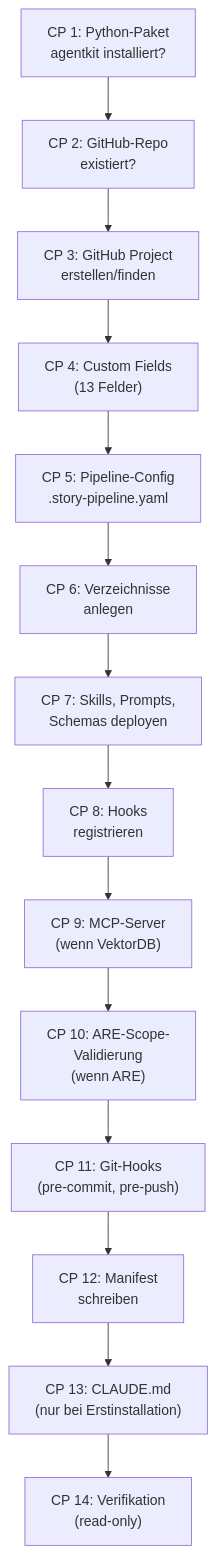
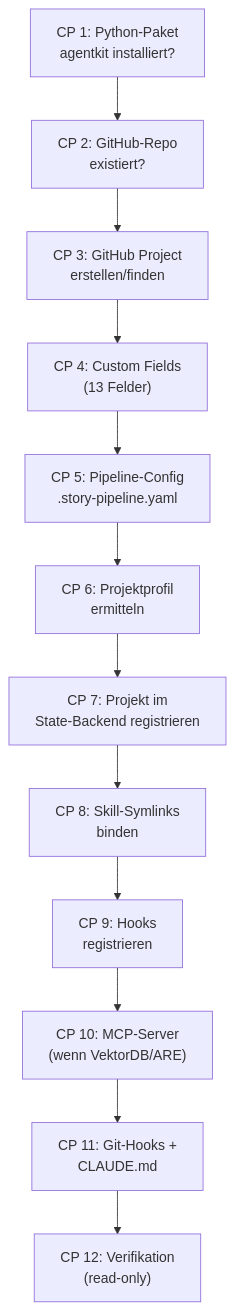
The diagram in concept/technical-design/50_installer_checkpoint_engine_bootstrap.md (saltenhof/claude-agentkit3), drawn with Mermaid before and after one commit. The commit also changed other lines of this file and 26 other files, not shown here.

Commit message:
Refine AgentKit 3 architecture concepts

````diff
--- a/concept/technical-design/50_installer_checkpoint_engine_bootstrap.md
+++ b/concept/technical-design/50_installer_checkpoint_engine_bootstrap.md
@@ -47,17 +47,15 @@
 ```mermaid
 flowchart TD
     CP1["CP 1: Python-Paket<br/>agentkit installiert?"] --> CP2
     CP2["CP 2: GitHub-Repo<br/>existiert?"] --> CP3
     CP3["CP 3: GitHub Project<br/>erstellen/finden"] --> CP4
     CP4["CP 4: Custom Fields<br/>(13 Felder)"] --> CP5
     CP5["CP 5: Pipeline-Config<br/>.story-pipeline.yaml"] --> CP6
-    CP6["CP 6: Verzeichnisse<br/>anlegen"] --> CP7
-    CP7["CP 7: Skills, Prompts,<br/>Schemas deployen"] --> CP8
-    CP8["CP 8: Hooks<br/>registrieren"] --> CP9
-    CP9["CP 9: MCP-Server<br/>(wenn VektorDB)"] --> CP10
-    CP10["CP 10: ARE-Scope-<br/>Validierung<br/>(wenn ARE)"] --> CP11
-    CP11["CP 11: Git-Hooks<br/>(pre-commit, pre-push)"] --> CP12
-    CP12["CP 12: Manifest<br/>schreiben"] --> CP13
-    CP13["CP 13: CLAUDE.md<br/>(nur bei Erstinstallation)"] --> CP14
-    CP14["CP 14: Verifikation<br/>(read-only)"]
+    CP6["CP 6: Projektprofil<br/>ermitteln"] --> CP7
+    CP7["CP 7: Projekt im<br/>State-Backend registrieren"] --> CP8
+    CP8["CP 8: Skill-Symlinks<br/>binden"] --> CP9
+    CP9["CP 9: Hooks<br/>registrieren"] --> CP10
+    CP10["CP 10: MCP-Server<br/>(wenn VektorDB/ARE)"] --> CP11
+    CP11["CP 11: Git-Hooks +<br/>CLAUDE.md"] --> CP12
+    CP12["CP 12: Verifikation<br/>(read-only)"]
 ```
````
